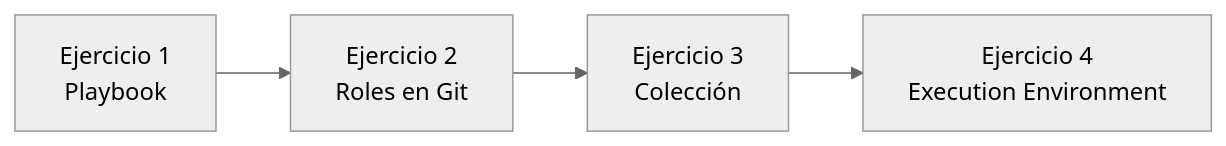
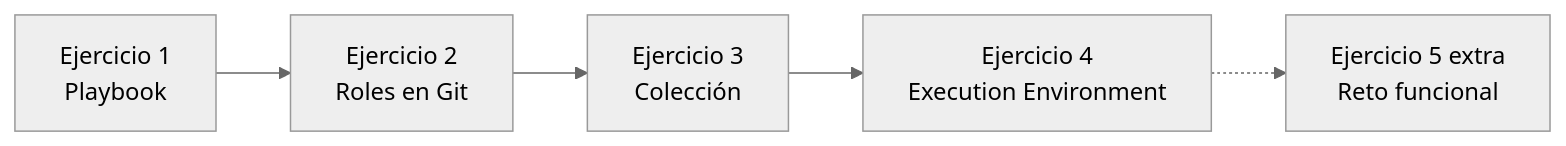
The diagram in README.md (adelahozredhat/lab-devspaces-ansible-instruction), drawn with Mermaid (neutral theme) before and after one commit. The commit also changed other lines of this file and 1 other file, not shown here.

````diff
--- a/README.md
+++ b/README.md
@@ -28,6 +28,7 @@
 ```mermaid
 flowchart LR
   E1["Ejercicio 1<br/>Playbook"] --> E2["Ejercicio 2<br/>Roles en Git"]
   E2 --> E3["Ejercicio 3<br/>Colección"]
   E3 --> E4["Ejercicio 4<br/>Execution Environment"]
+  E4 -.-> E5["Ejercicio 5 extra<br/>Reto funcional"]
 ```
````
